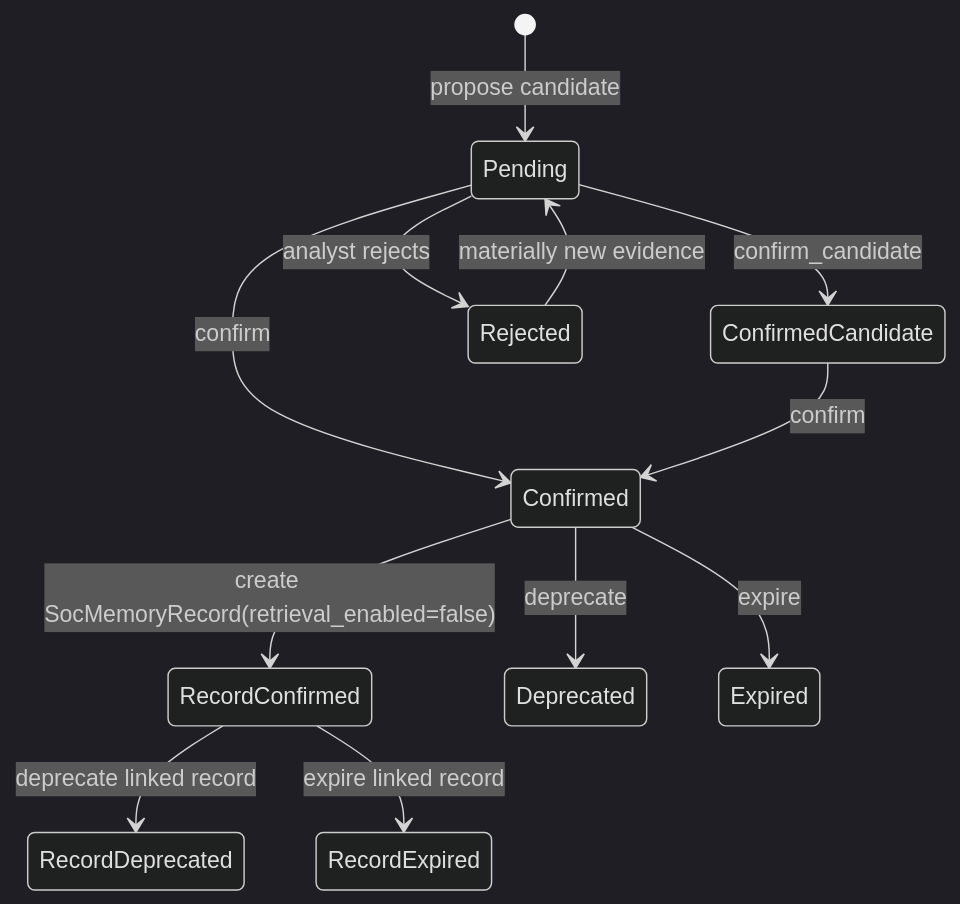
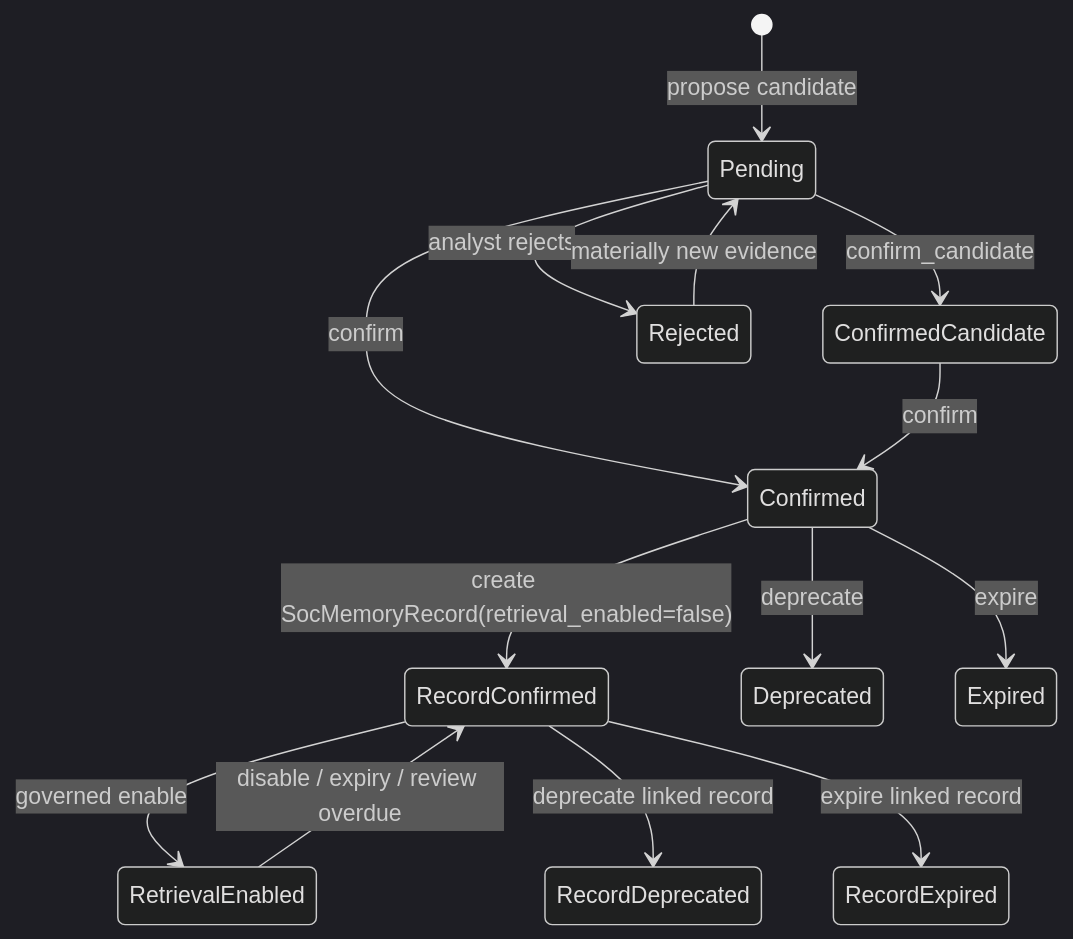
One commit to yydspanda/deer-flow changed the diagram in .notes/ai_soc/memory/memory-tracking.md. Above: the diagram before and after it, drawn with Mermaid (dark theme). The commit also changed other lines of this file and 50 other files, not shown here.

````diff
--- a/.notes/ai_soc/memory/memory-tracking.md
+++ b/.notes/ai_soc/memory/memory-tracking.md
@@ -277,14 +311,16 @@
 ```mermaid
 stateDiagram-v2
     [*] --> Pending: propose candidate
     Pending --> ConfirmedCandidate: confirm_candidate
     Pending --> Rejected: analyst rejects
     Pending --> Confirmed: confirm
     ConfirmedCandidate --> Confirmed: confirm
     Confirmed --> RecordConfirmed: create SocMemoryRecord(retrieval_enabled=false)
+    RecordConfirmed --> RetrievalEnabled: governed enable
+    RetrievalEnabled --> RecordConfirmed: disable / expiry / review overdue
     Confirmed --> Deprecated: deprecate
     Confirmed --> Expired: expire
     RecordConfirmed --> RecordDeprecated: deprecate linked record
     RecordConfirmed --> RecordExpired: expire linked record
     Rejected --> Pending: materially new evidence
 ```
````
